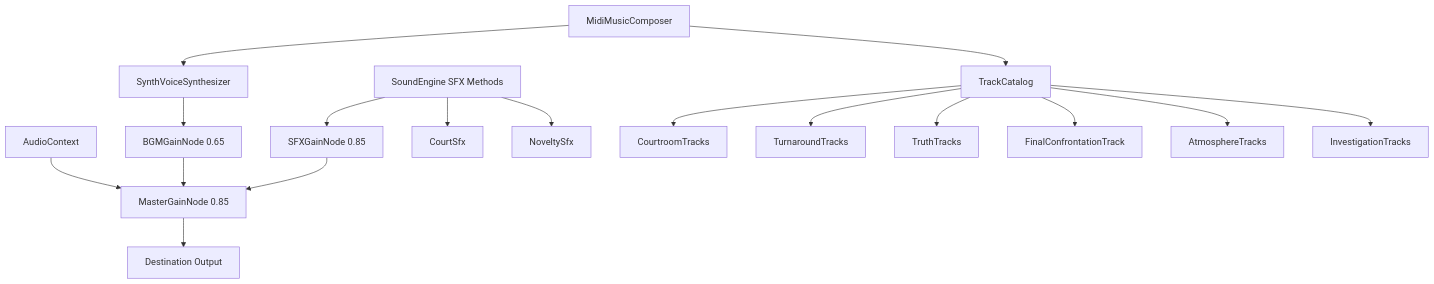
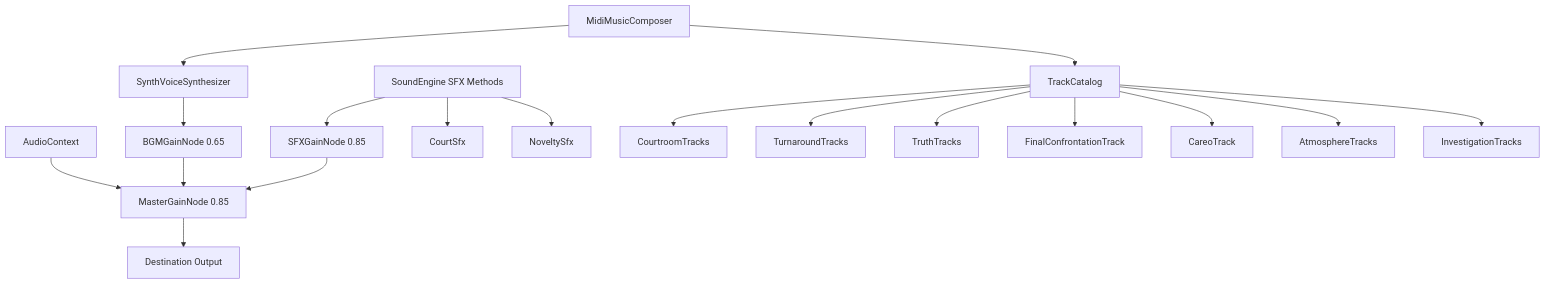
Before and after one commit to luisoncpp/aa-chapulin: the diagram in docs/architecture/audio-system.md, drawn with Mermaid. The commit also changed other lines of this file and 145 other files, not shown here.

````diff
--- a/docs/architecture/audio-system.md
+++ b/docs/architecture/audio-system.md
@@ -9,22 +9,23 @@
 ```mermaid
 flowchart TD
     AC[AudioContext] --> Master[MasterGainNode 0.85]
     Master --> Dest[Destination Output]
     
     BGMGain[BGMGainNode 0.65] --> Master
     SFXGain[SFXGainNode 0.85] --> Master
     
     Composer[MidiMusicComposer] --> VoiceSynth[SynthVoiceSynthesizer]
     VoiceSynth --> BGMGain
     SFX[SoundEngine SFX Methods] --> SFXGain
     
     SFX --> CourtSfx[CourtSfx]
     SFX --> NoveltySfx[NoveltySfx]
     Composer --> TrackCatalog[TrackCatalog]
     TrackCatalog --> CourtroomTracks[CourtroomTracks]
     TrackCatalog --> TurnaroundTracks[TurnaroundTracks]
     TrackCatalog --> TruthTracks[TruthTracks]
     TrackCatalog --> FinalConfrontationTrack[FinalConfrontationTrack]
+    TrackCatalog --> CareoTrack[CareoTrack]
     TrackCatalog --> AtmosphereTracks[AtmosphereTracks]
     TrackCatalog --> InvestigationTracks[InvestigationTracks]
 ```
````
